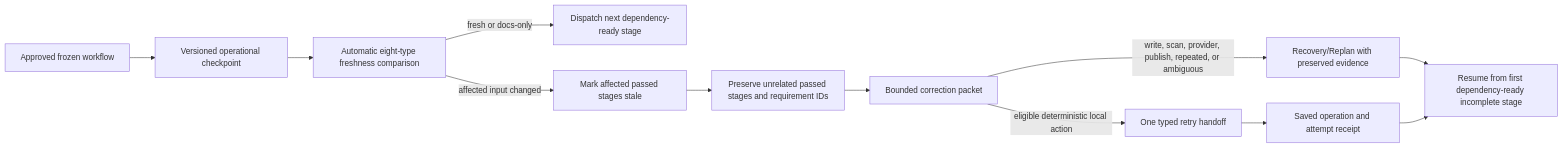
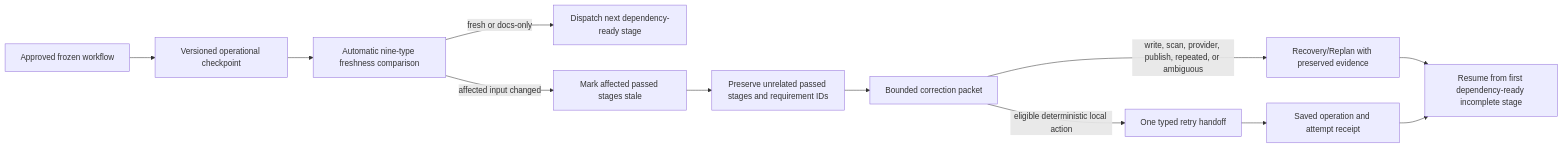
The sixth of 6 diagrams in DURABLE-WORKFLOW-RUNTIME-REVISED.md (vishrutsinghal/tailr), drawn with Mermaid before and after one commit. The commit also changed other lines of this file and 86 other files, not shown here.

````diff
--- a/DURABLE-WORKFLOW-RUNTIME-REVISED.md
+++ b/DURABLE-WORKFLOW-RUNTIME-REVISED.md
@@ -2597,14 +2622,14 @@
 ```mermaid
 flowchart LR
     A["Approved frozen workflow"] --> B["Versioned operational checkpoint"]
-    B --> C["Automatic eight-type freshness comparison"]
+    B --> C["Automatic nine-type freshness comparison"]
     C -->|"fresh or docs-only"| D["Dispatch next dependency-ready stage"]
     C -->|"affected input changed"| E["Mark affected passed stages stale"]
     E --> F["Preserve unrelated passed stages and requirement IDs"]
     F --> G["Bounded correction packet"]
     G -->|"eligible deterministic local action"| H["One typed retry handoff"]
     G -->|"write, scan, provider, publish, repeated, or ambiguous"| I["Recovery/Replan with preserved evidence"]
     H --> J["Saved operation and attempt receipt"]
     I --> K["Resume from first dependency-ready incomplete stage"]
     J --> K
 ```
````
